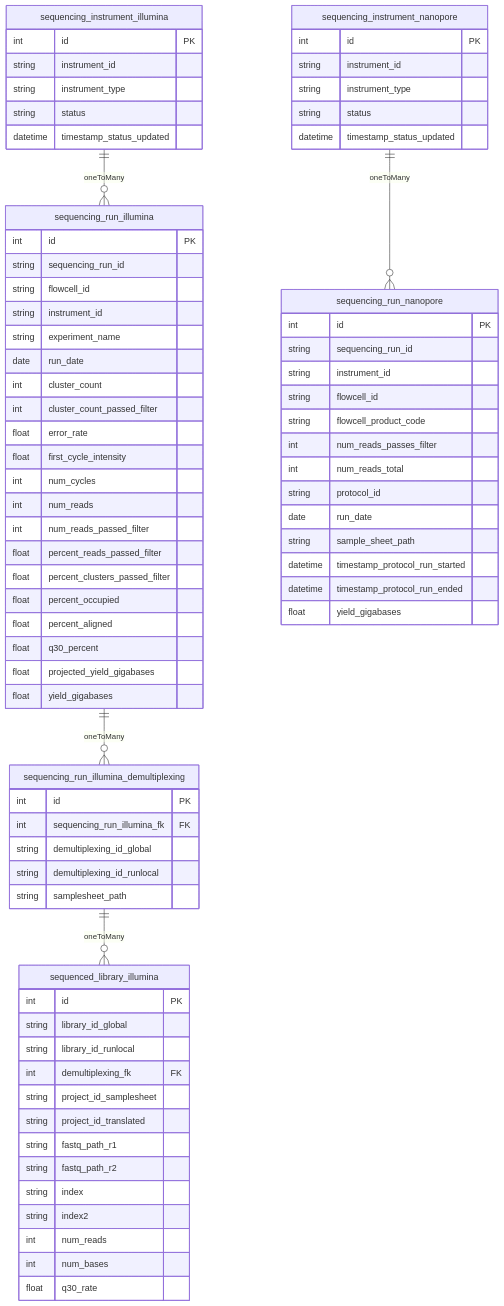
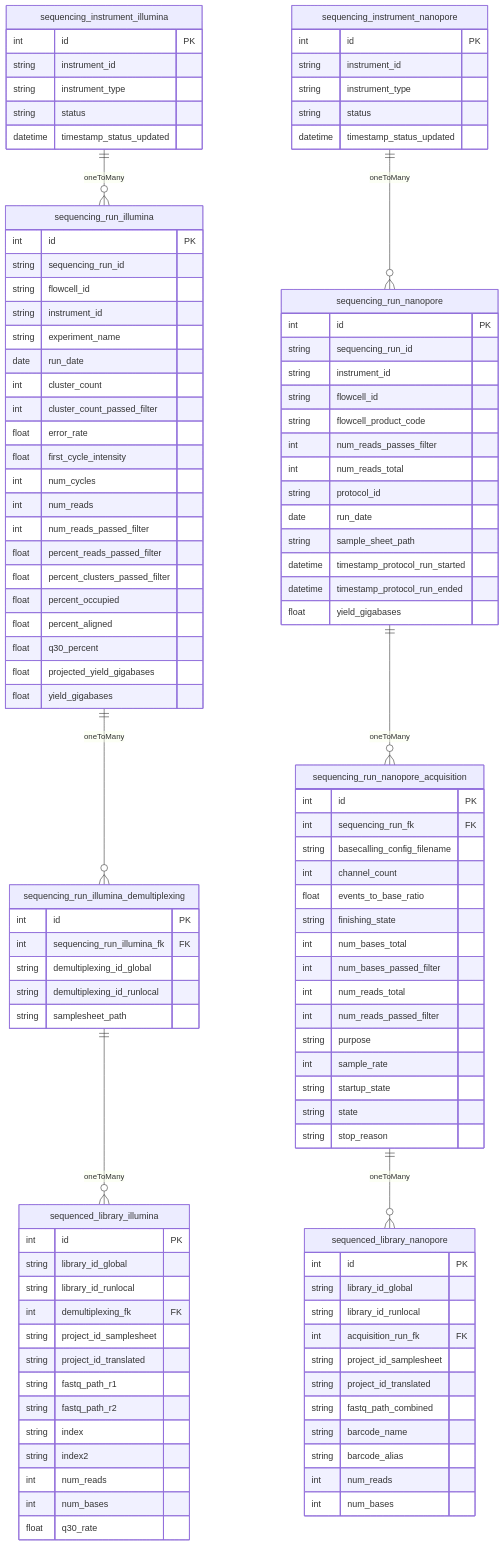
One commit to dfornika/sequencing-runs-db changed the diagram in README.md. Above: the diagram before and after it, drawn with Mermaid. The commit also changed other lines of this file, not shown here.

````diff
--- a/README.md
+++ b/README.md
@@ -79,4 +81,36 @@
     float yield_gigabases
   }
   sequencing_instrument_nanopore ||--o{ sequencing_run_nanopore : oneToMany
+  sequencing_run_nanopore_acquisition {
+    int id PK
+    int sequencing_run_fk FK
+    string basecalling_config_filename
+    int channel_count
+    float events_to_base_ratio
+    string finishing_state
+    int num_bases_total
+    int num_bases_passed_filter
+    int num_reads_total
+    int num_reads_passed_filter
+    string purpose
+    int sample_rate
+    string startup_state
+    string state
+    string stop_reason
+  }
+  sequencing_run_nanopore ||--o{ sequencing_run_nanopore_acquisition : oneToMany
+  sequenced_library_nanopore {
+    int id PK
+    string library_id_global
+    string library_id_runlocal
+    int acquisition_run_fk FK
+    string project_id_samplesheet
+    string project_id_translated
+    string fastq_path_combined
+    string barcode_name
+    string barcode_alias
+    int num_reads
+    int num_bases
+  }
+  sequencing_run_nanopore_acquisition ||--o{ sequenced_library_nanopore : oneToMany
 ```
````
